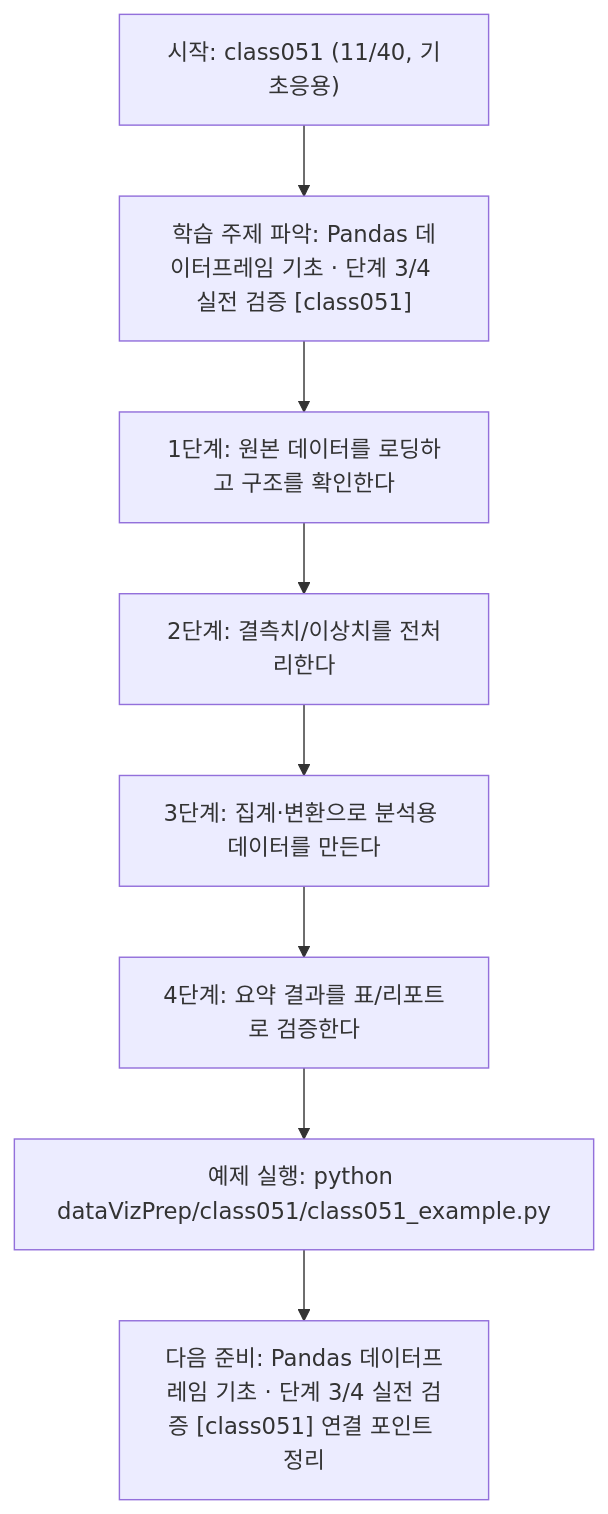
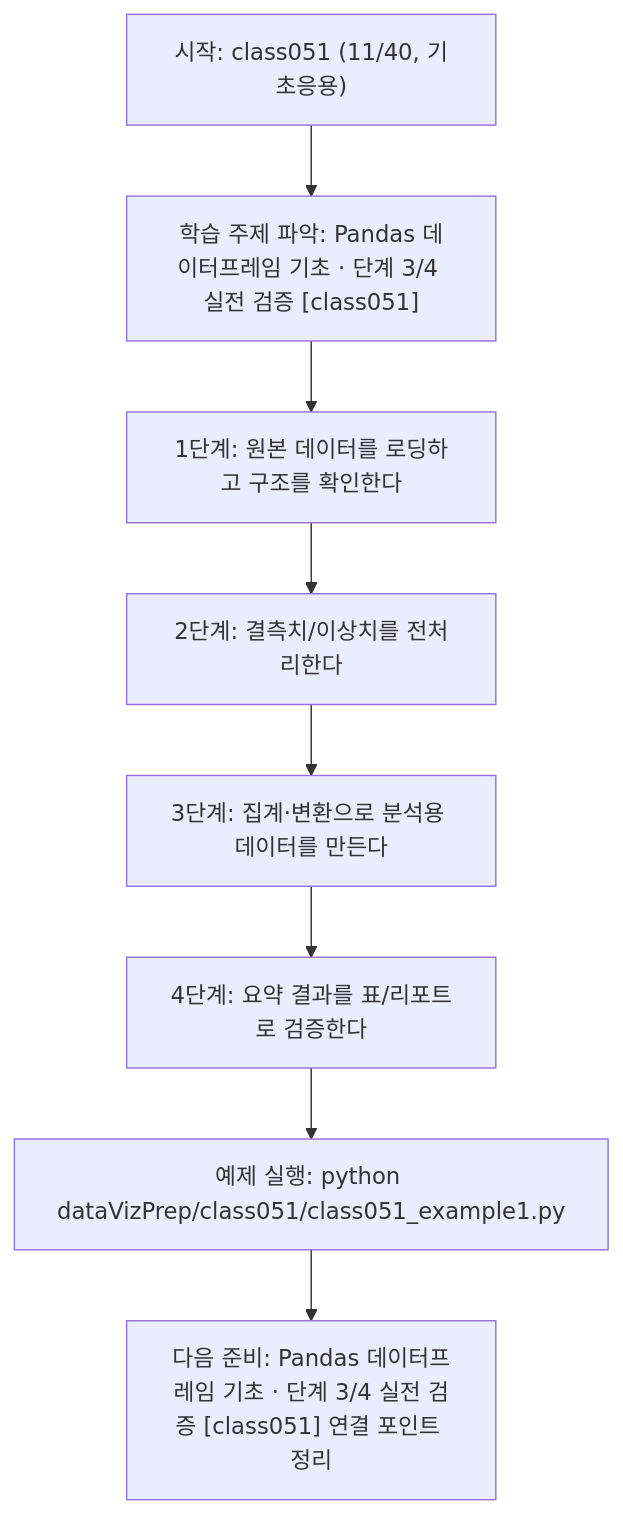
The diagram in dataVizPrep/class051/class051.md (edumgt/Python-AI_Agent-Class), drawn with Mermaid before and after one commit. The commit also changed other lines of this file and 2959 other files, not shown here.

````diff
--- a/dataVizPrep/class051/class051.md
+++ b/dataVizPrep/class051/class051.md
@@ -111,18 +111,18 @@
 ```mermaid
 flowchart TD
 N1["시작: class051 (11/40, 기초응용)"]
 N2["학습 주제 파악: Pandas 데이터프레임 기초 · 단계 3/4 실전 검증 [class051]"]
 N3["1단계: 원본 데이터를 로딩하고 구조를 확인한다"]
 N4["2단계: 결측치/이상치를 전처리한다"]
 N5["3단계: 집계·변환으로 분석용 데이터를 만든다"]
 N6["4단계: 요약 결과를 표/리포트로 검증한다"]
-N7["예제 실행: python dataVizPrep/class051/class051_example.py"]
+N7["예제 실행: python dataVizPrep/class051/class051_example1.py"]
 N8["다음 준비: Pandas 데이터프레임 기초 · 단계 3/4 실전 검증 [class051] 연결 포인트 정리"]
 N1 --> N2
 N2 --> N3
 N3 --> N4
 N4 --> N5
 N5 --> N6
 N6 --> N7
 N7 --> N8
 ```
````
